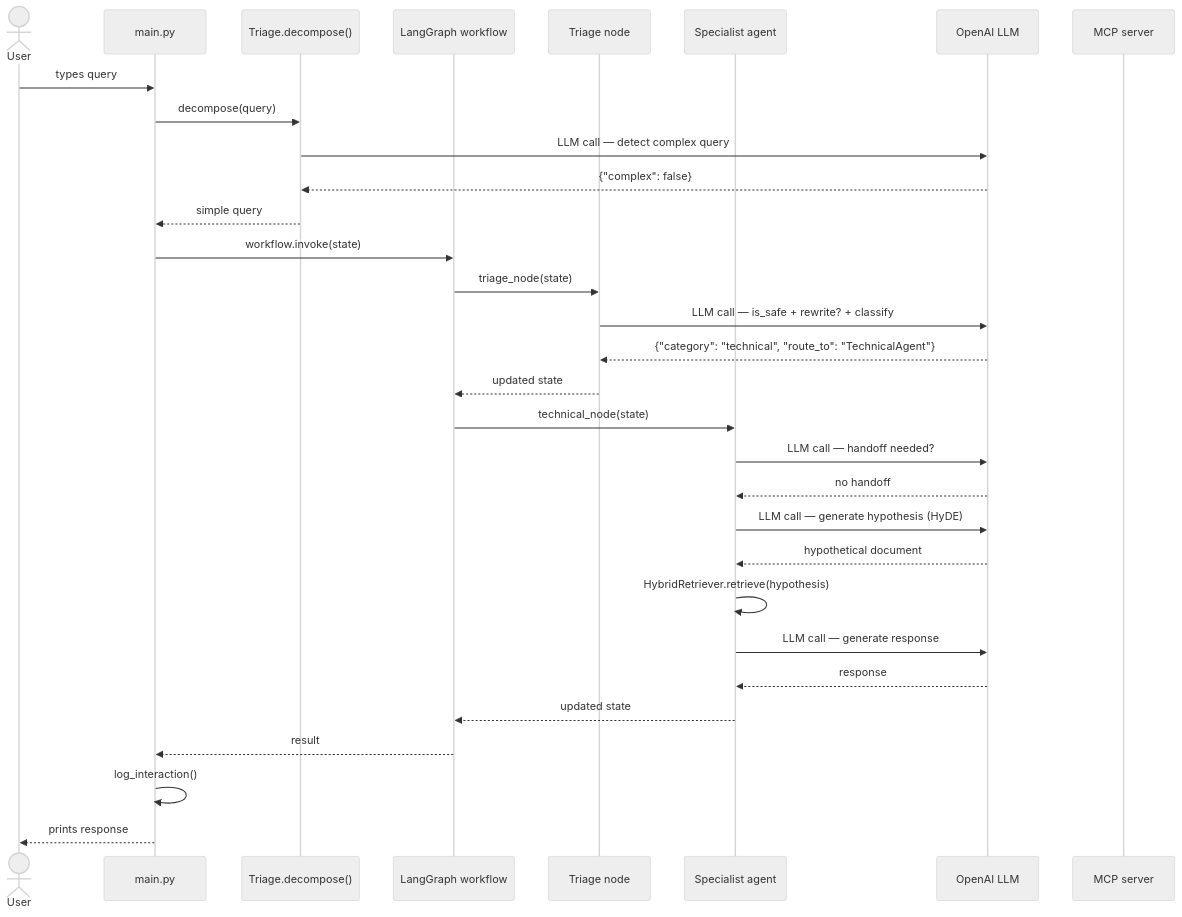
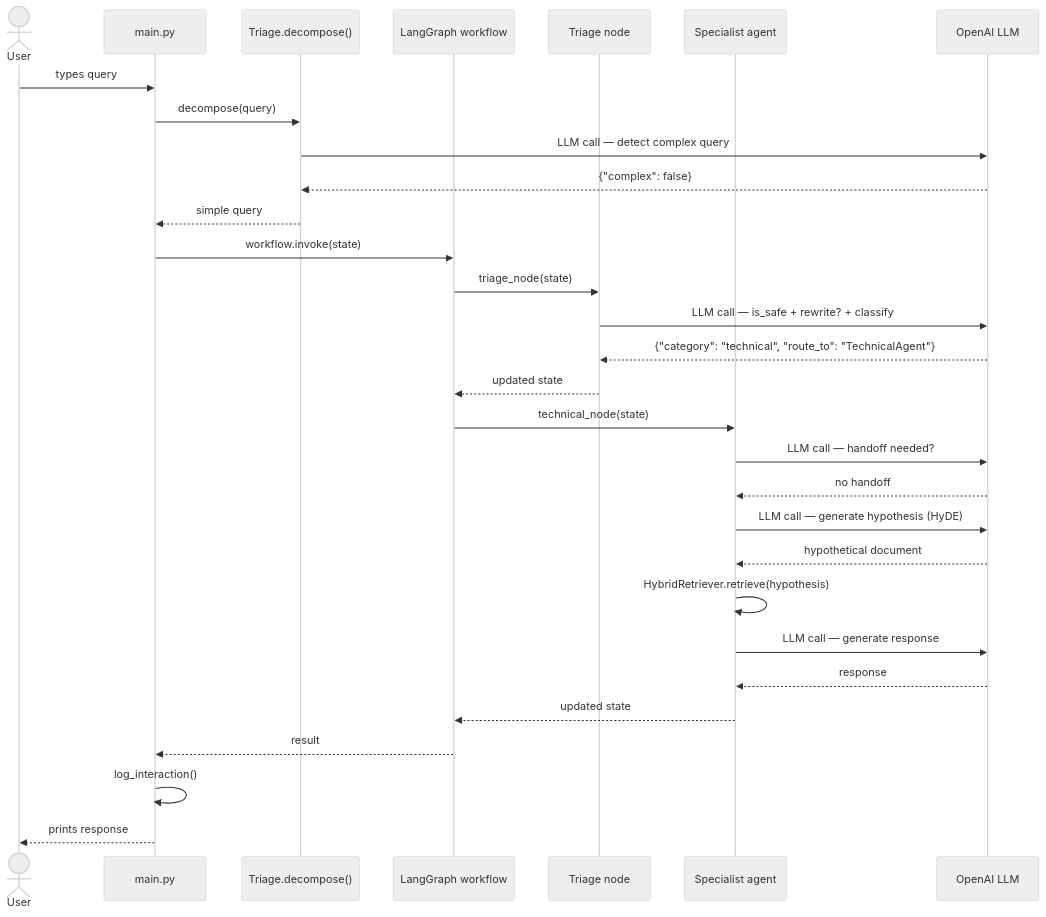
One commit to renatogoedert/AI_CustomerAssistant changed the first of 2 diagrams in README.md. Above: the diagram before and after it, drawn with Mermaid (neutral theme). The commit also changed other lines of this file, not shown here.

Commit message:
Adding the diagrams

````diff
--- a/README.md
+++ b/README.md
@@ -39,37 +39,36 @@
 ```mermaid
 sequenceDiagram
     actor User
     participant main as main.py
     participant decomp as Triage.decompose()
     participant wf as LangGraph workflow
     participant triage as Triage node
     participant agent as Specialist agent
     participant llm as OpenAI LLM
-    participant mcp as MCP server
 
     User->>main: types query
     main->>decomp: decompose(query)
     decomp->>llm: LLM call — detect complex query
     llm-->>decomp: {"complex": false}
     decomp-->>main: simple query
 
     main->>wf: workflow.invoke(state)
     wf->>triage: triage_node(state)
     triage->>llm: LLM call — is_safe + rewrite? + classify
     llm-->>triage: {"category": "technical", "route_to": "TechnicalAgent"}
     triage-->>wf: updated state
 
     wf->>agent: technical_node(state)
     agent->>llm: LLM call — handoff needed?
     llm-->>agent: no handoff
     agent->>llm: LLM call — generate hypothesis (HyDE)
     llm-->>agent: hypothetical document
     agent->>agent: HybridRetriever.retrieve(hypothesis)
     agent->>llm: LLM call — generate response
     llm-->>agent: response
     agent-->>wf: updated state
 
     wf-->>main: result
     main->>main: log_interaction()
     main-->>User: prints response
 ```
````
